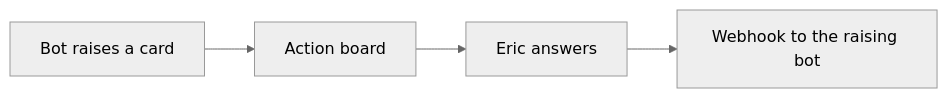
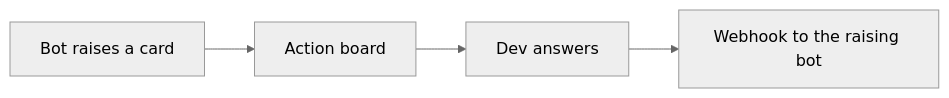
The diagram in README.md (aribennett1/agent-board), drawn with Mermaid (neutral theme) before and after one commit. The commit also changed other lines of this file, not shown here.

Commit message:
docs: refer to 'the dev' in README intro

````diff
--- a/README.md
+++ b/README.md
@@ -15,6 +15,6 @@
 ```mermaid
 flowchart LR
   Raise[Bot raises a card] --> Board[Action board]
-  Board --> Answer[Eric answers]
+  Board --> Answer[Dev answers]
   Answer --> Hook[Webhook to the raising bot]
 ```
````
